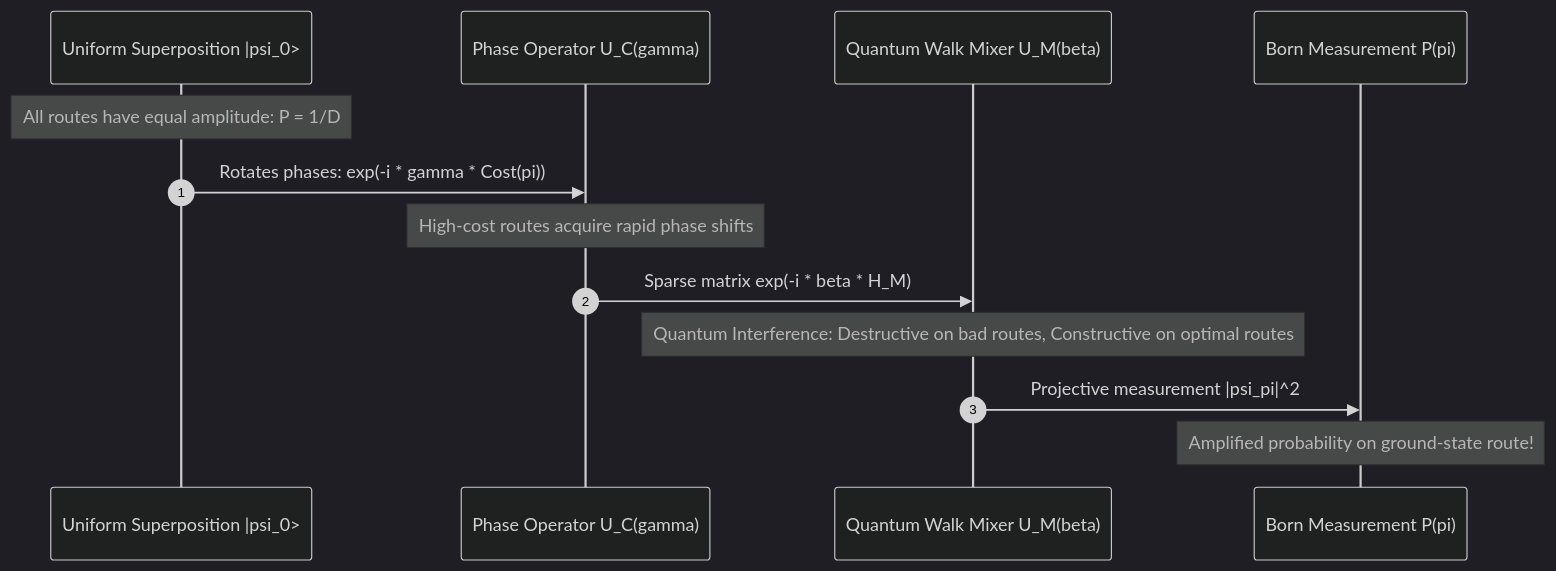
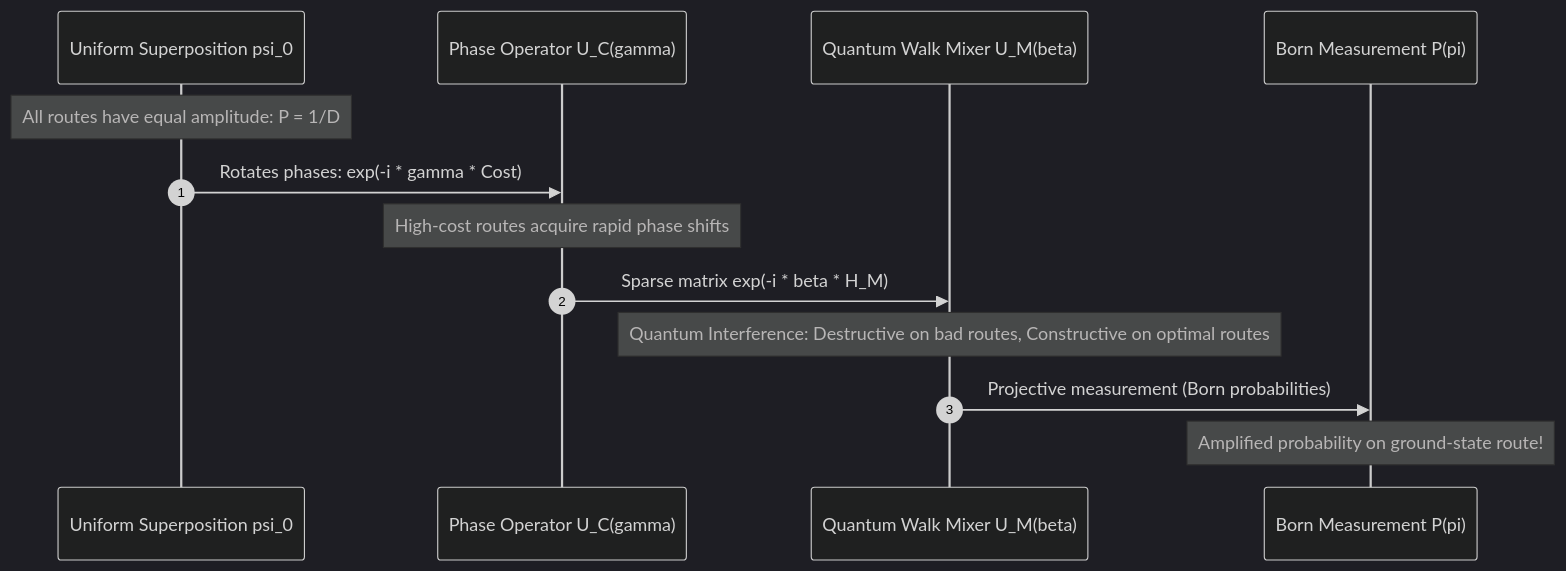
Before and after one commit to Santhosh-p653/egreen-quanta: the first of 2 diagrams in docs/algorithms/10_qwoa_quantum_walk.md, drawn with Mermaid (dark theme). The commit also changed other lines of this file and 48 other files, not shown here.

````diff
--- a/docs/algorithms/10_qwoa_quantum_walk.md
+++ b/docs/algorithms/10_qwoa_quantum_walk.md
@@ -83,16 +83,16 @@
 ```mermaid
 sequenceDiagram
     autonumber
-    participant Init as Uniform Superposition |psi_0>
+    participant Init as Uniform Superposition psi_0
     participant Phase as Phase Operator U_C(gamma)
     participant Walk as Quantum Walk Mixer U_M(beta)
     participant Measure as Born Measurement P(pi)
 
     Note over Init: All routes have equal amplitude: P = 1/D
-    Init->>Phase: Rotates phases: exp(-i * gamma * Cost(pi))
+    Init->>Phase: Rotates phases: exp(-i * gamma * Cost)
     Note over Phase: High-cost routes acquire rapid phase shifts
     Phase->>Walk: Sparse matrix exp(-i * beta * H_M)
     Note over Walk: Quantum Interference: Destructive on bad routes, Constructive on optimal routes
-    Walk->>Measure: Projective measurement |psi_pi|^2
+    Walk->>Measure: Projective measurement (Born probabilities)
     Note over Measure: Amplified probability on ground-state route!
 ```
````
